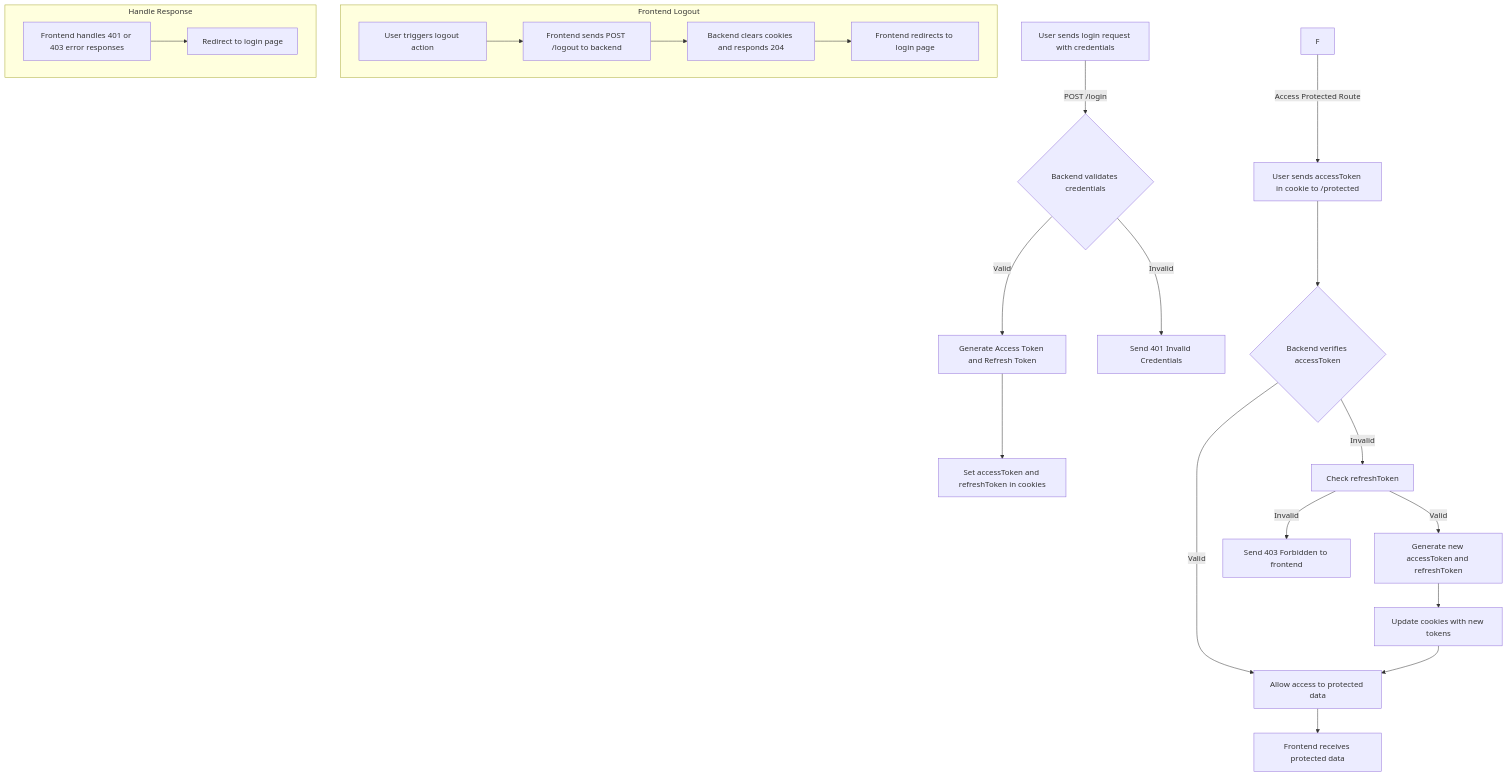
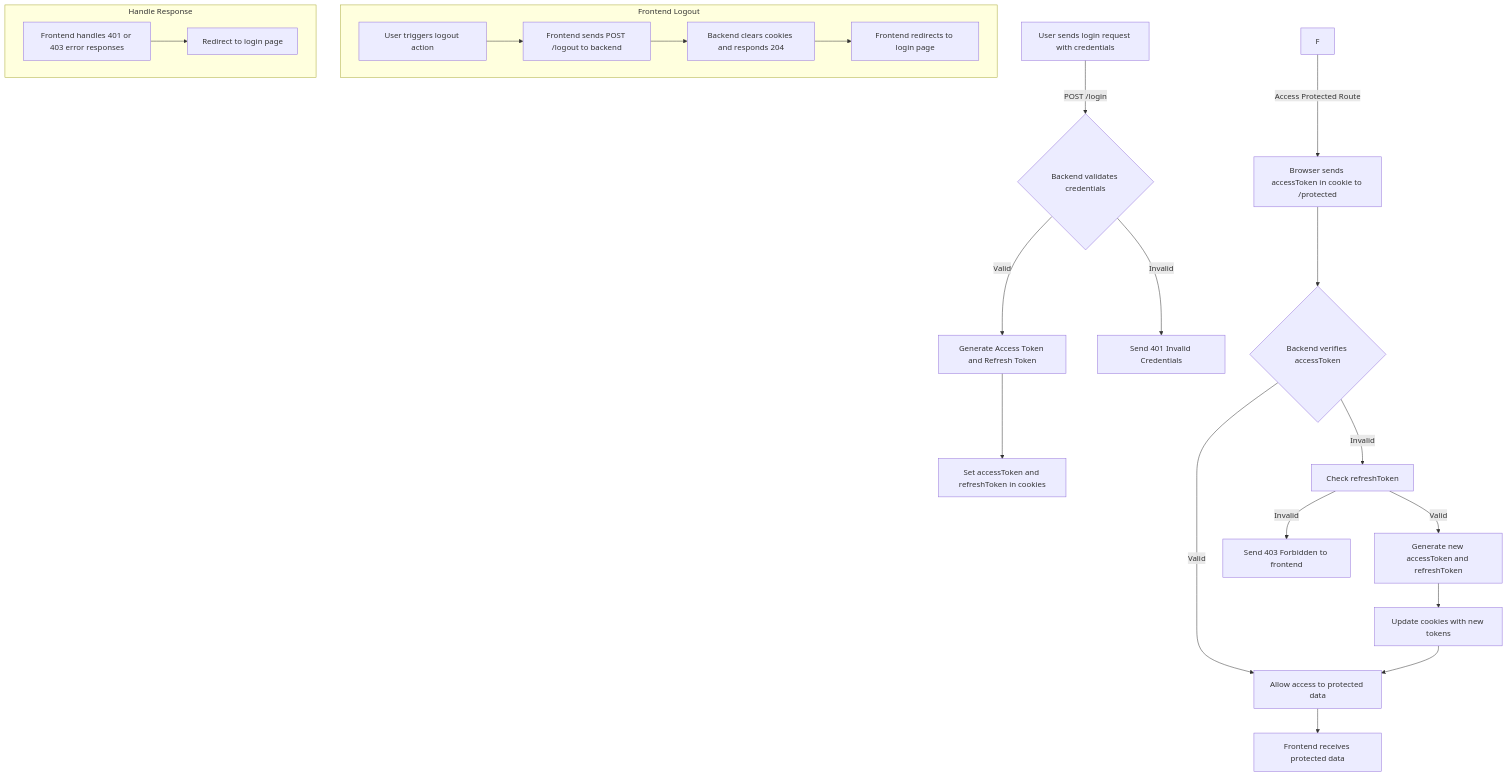
The diagram in README.md (zax4r0/nuxt-ssr-http-only-refresh-token), drawn with Mermaid before and after one commit.

````diff
--- a/README.md
+++ b/README.md
@@ -4,31 +4,31 @@
 ```mermaid
 flowchart TD
     A[User sends login request with credentials] -->|POST /login| B{Backend validates credentials}
     B -->|Valid| C[Generate Access Token and Refresh Token]
     B -->|Invalid| D[Send 401 Invalid Credentials]
 
     C --> E[Set accessToken and refreshToken in cookies]
 
-    F -->|Access Protected Route| G[User sends accessToken in cookie to /protected]
+    F -->|Access Protected Route| G[Browser sends accessToken in cookie to /protected]
     G --> H{Backend verifies accessToken}
     H -->|Valid| I[Allow access to protected data]
     H -->|Invalid| J[Check refreshToken]
 
     J -->|Valid| K[Generate new accessToken and refreshToken]
     K --> L[Update cookies with new tokens]
     L --> I
 
     J -->|Invalid| M[Send 403 Forbidden to frontend]
 
     I --> N[Frontend receives protected data]
 
     subgraph Frontend Logout
         O[User triggers logout action] --> P[Frontend sends POST /logout to backend]
         P --> Q[Backend clears cookies and responds 204]
         Q --> R[Frontend redirects to login page]
     end
 
     subgraph Handle Response
         S[Frontend handles 401 or 403 error responses] --> T[Redirect to login page]
     end
 ```
````
